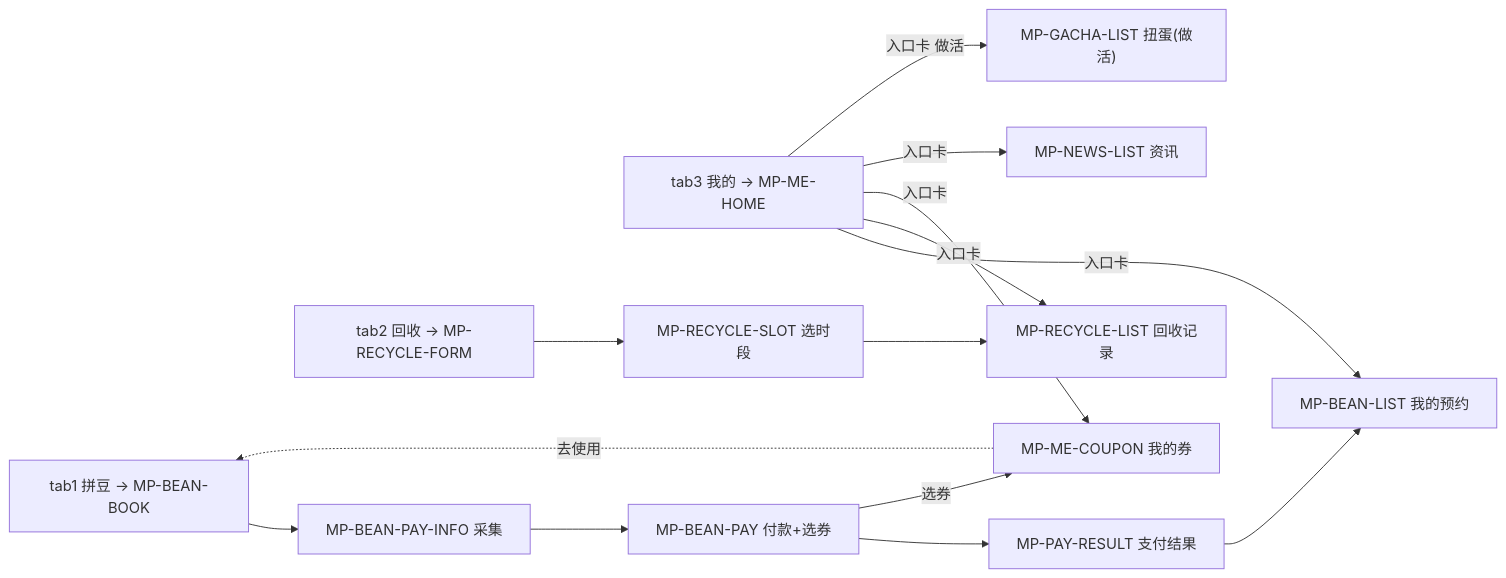
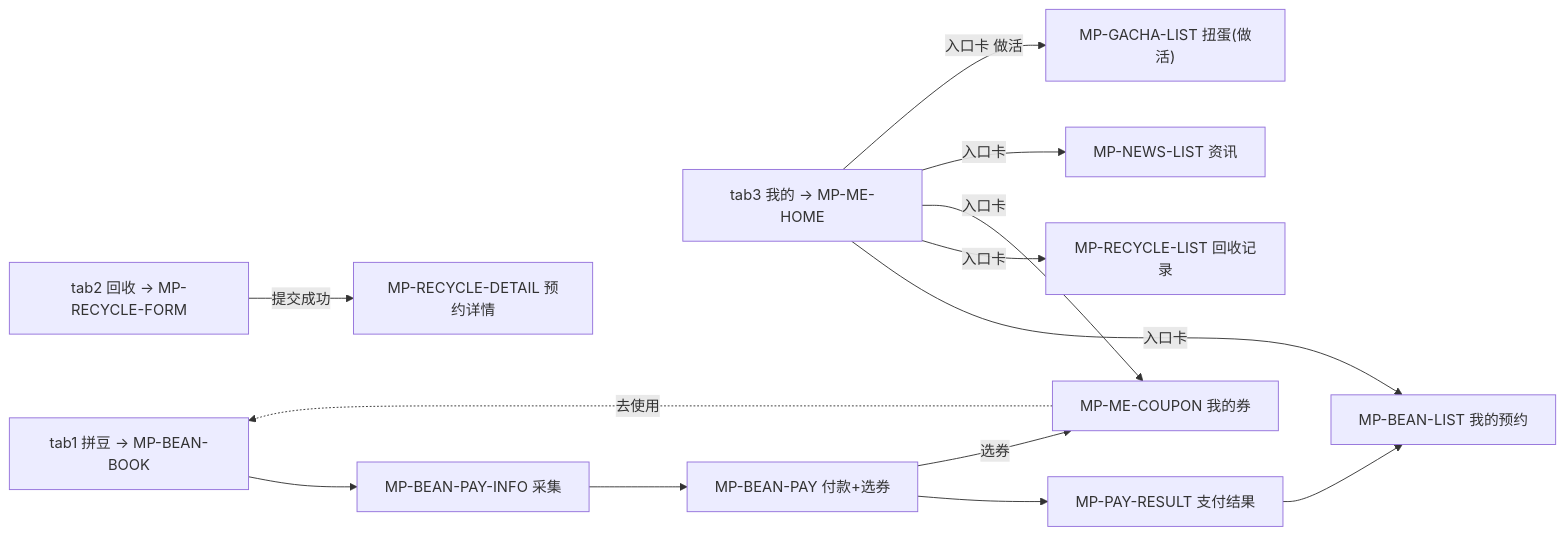
One commit to sengsengran-guzi/doc changed the first of 3 diagrams in 12-UI-权威索引.md. Above: the diagram before and after it, drawn with Mermaid. The commit also changed other lines of this file and 32 other files, not shown here.

````diff
--- a/12-UI-权威索引.md
+++ b/12-UI-权威索引.md
@@ -1712,25 +1728,25 @@
 ```mermaid
 graph LR
   Tab1["tab1 拼豆 → MP-BEAN-BOOK"]
   Tab2["tab2 回收 → MP-RECYCLE-FORM"]
   Tab3["tab3 我的 → MP-ME-HOME"]
   BeanPayInfo["MP-BEAN-PAY-INFO 采集"]
   BeanPay["MP-BEAN-PAY 付款+选券"]
   PayResult["MP-PAY-RESULT 支付结果"]
   BeanList["MP-BEAN-LIST 我的预约"]
-  RecSlot["MP-RECYCLE-SLOT 选时段"]
+  RecDetail["MP-RECYCLE-DETAIL 预约详情"]
   RecList["MP-RECYCLE-LIST 回收记录"]
   Coupon["MP-ME-COUPON 我的券"]
   NewsList["MP-NEWS-LIST 资讯"]
   GachaList["MP-GACHA-LIST 扭蛋(做活)"]
 
   Tab1 --> BeanPayInfo --> BeanPay --> PayResult --> BeanList
-  Tab2 --> RecSlot --> RecList
+  Tab2 -->|提交成功| RecDetail
   Tab3 -->|入口卡| BeanList
   Tab3 -->|入口卡| RecList
   Tab3 -->|入口卡| Coupon
   Tab3 -->|入口卡| NewsList
   Tab3 -->|入口卡 做活| GachaList
   BeanPay -->|选券| Coupon
   Coupon -.去使用.-> Tab1
 ```
````
